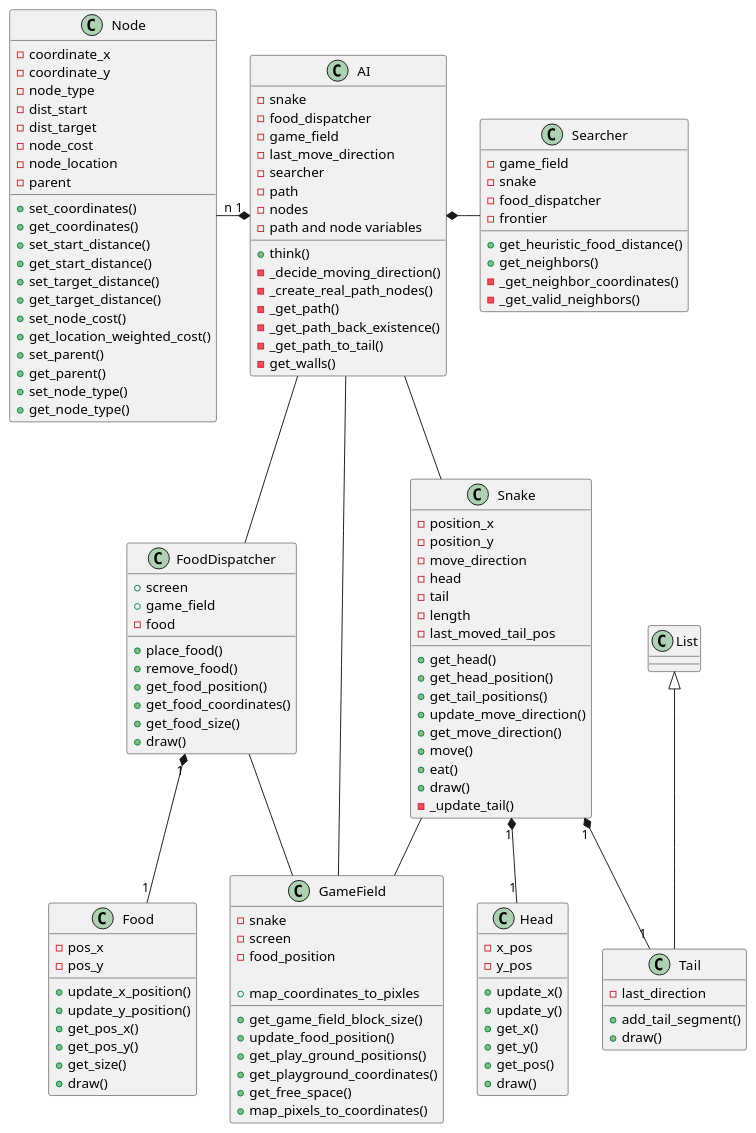
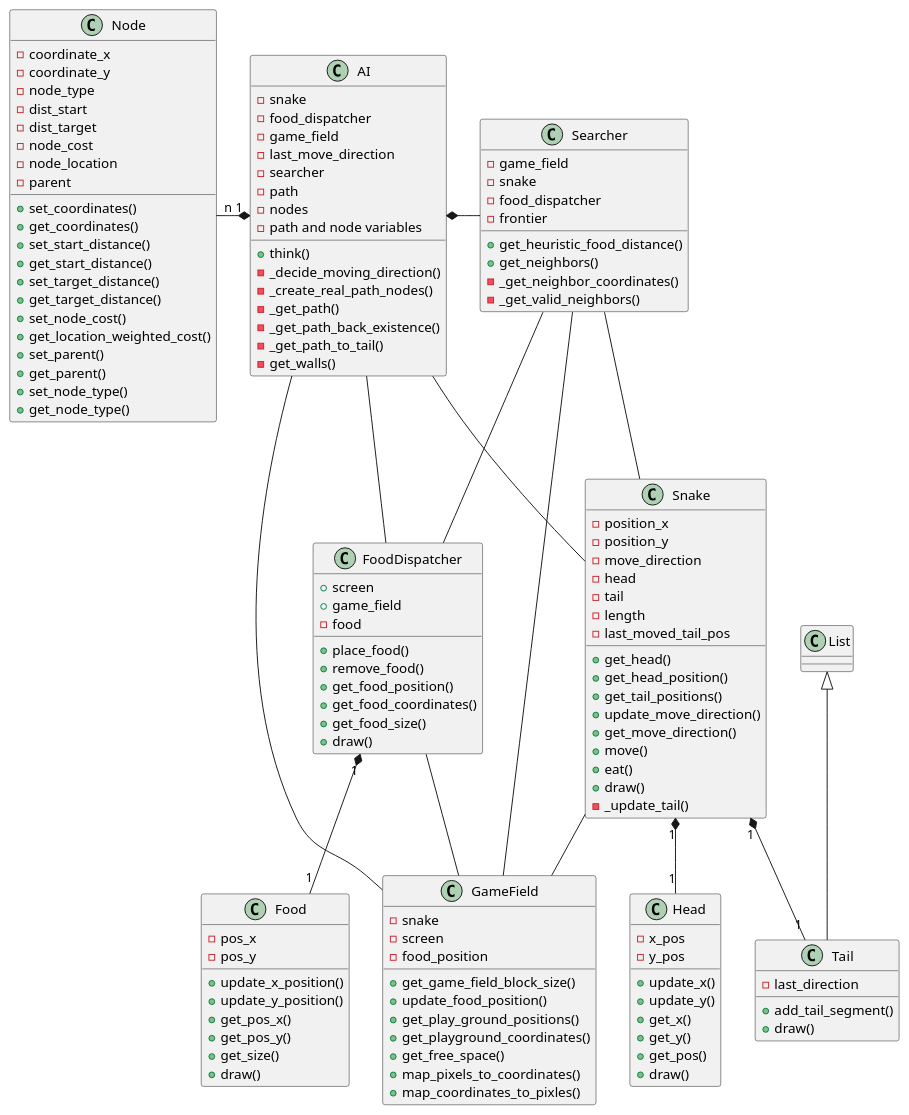
The diagram in doc/OldOverview.puml (Pythonizer/Snake), drawn with PlantUML before and after one commit.

Commit message:
doc: Update class diagram (refactor)

```diff
--- a/doc/OldOverview.puml
+++ b/doc/OldOverview.puml
@@ -1,150 +1,156 @@
 @startuml
 
 class GameField{
     - snake
     - screen
     - food_position
 
     + get_game_field_block_size()
     + update_food_position()
     + get_play_ground_positions()
     + get_playground_coordinates()
     + get_free_space()
     + map_pixels_to_coordinates()
-    + map_coordinates_to_pixles
+    + map_coordinates_to_pixles()
 }
 
 class Snake{
     - position_x
     - position_y
     - move_direction
     - head
     - tail
     - length
     - last_moved_tail_pos
 
     + get_head()
     + get_head_position()
     + get_tail_positions()
     + update_move_direction()
     + get_move_direction()
     + move()
     + eat()
     + draw()
     - _update_tail()
 }
 
 class Head{
     - x_pos
     - y_pos
     + update_x()
     + update_y()
     + get_x()
     + get_y()
     + get_pos()
     + draw()
 }
 
 class Tail{
     - last_direction
     + add_tail_segment()
     + draw()
 }
 
 class Food{
     - pos_x
     - pos_y
 
     + update_x_position()
     + update_y_position()
     + get_pos_x()
     + get_pos_y()
     + get_size()
     + draw()
 }
 
 class FoodDispatcher{
     + screen
     + game_field
     - food
 
     + place_food()
     + remove_food()
     + get_food_position()
     + get_food_coordinates()
     + get_food_size()
     + draw()
 }
 
 class AI{
     - snake
     - food_dispatcher
     - game_field
     - last_move_direction
     - searcher
     - path
     - nodes
     - path and node variables
     + think()
     - _decide_moving_direction()
     - _create_real_path_nodes()
     - _get_path()
     - _get_path_back_existence()
     - _get_path_to_tail()
     - get_walls()
 
 }
 
 class Searcher{
     - game_field
     - snake
     - food_dispatcher
     - frontier
 
     + get_heuristic_food_distance()
     + get_neighbors()
     - _get_neighbor_coordinates()
     - _get_valid_neighbors()
 }
 
 class Node{
     - coordinate_x
     - coordinate_y
     - node_type
     - dist_start
     - dist_target
     - node_cost
     - node_location
     - parent
 
     + set_coordinates()
     + get_coordinates()
     + set_start_distance()
     + get_start_distance()
     + set_target_distance()
     + get_target_distance()
     + set_node_cost()
     + get_location_weighted_cost()
     + set_parent()
     + get_parent()
     + set_node_type()
     + get_node_type()
 }
 
 Snake "1" *-- "1" Head
 Snake "1" *-- "1" Tail
 Tail -up-|> List
 FoodDispatcher "1" *-- "1" Food
 
 AI -- Snake
 AI -- FoodDispatcher
 
 FoodDispatcher -- GameField
 Snake -- GameField
 AI -- GameField
 
 AI *-right- Searcher
 AI "1" *-left- "n" Node
 
 
+Searcher -down- GameField
+Searcher -down- Snake
+Searcher -down- FoodDispatcher
+
+
+
 @enduml
```
